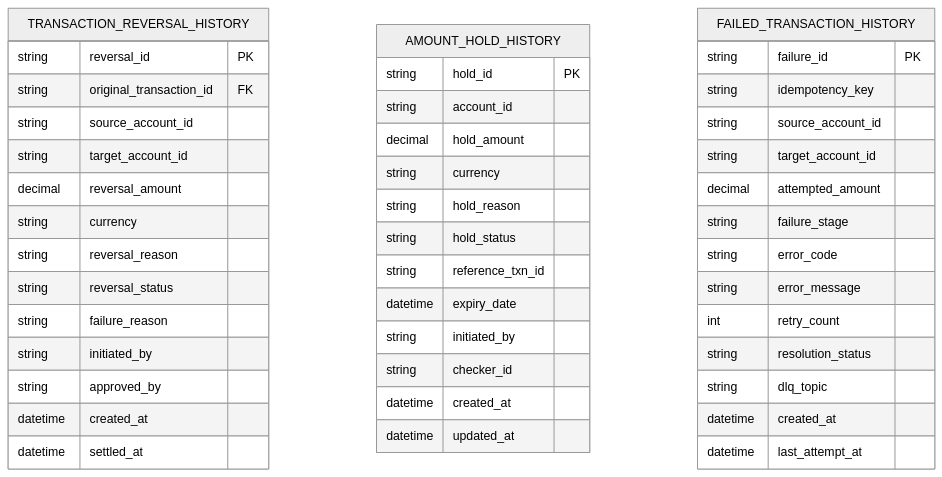
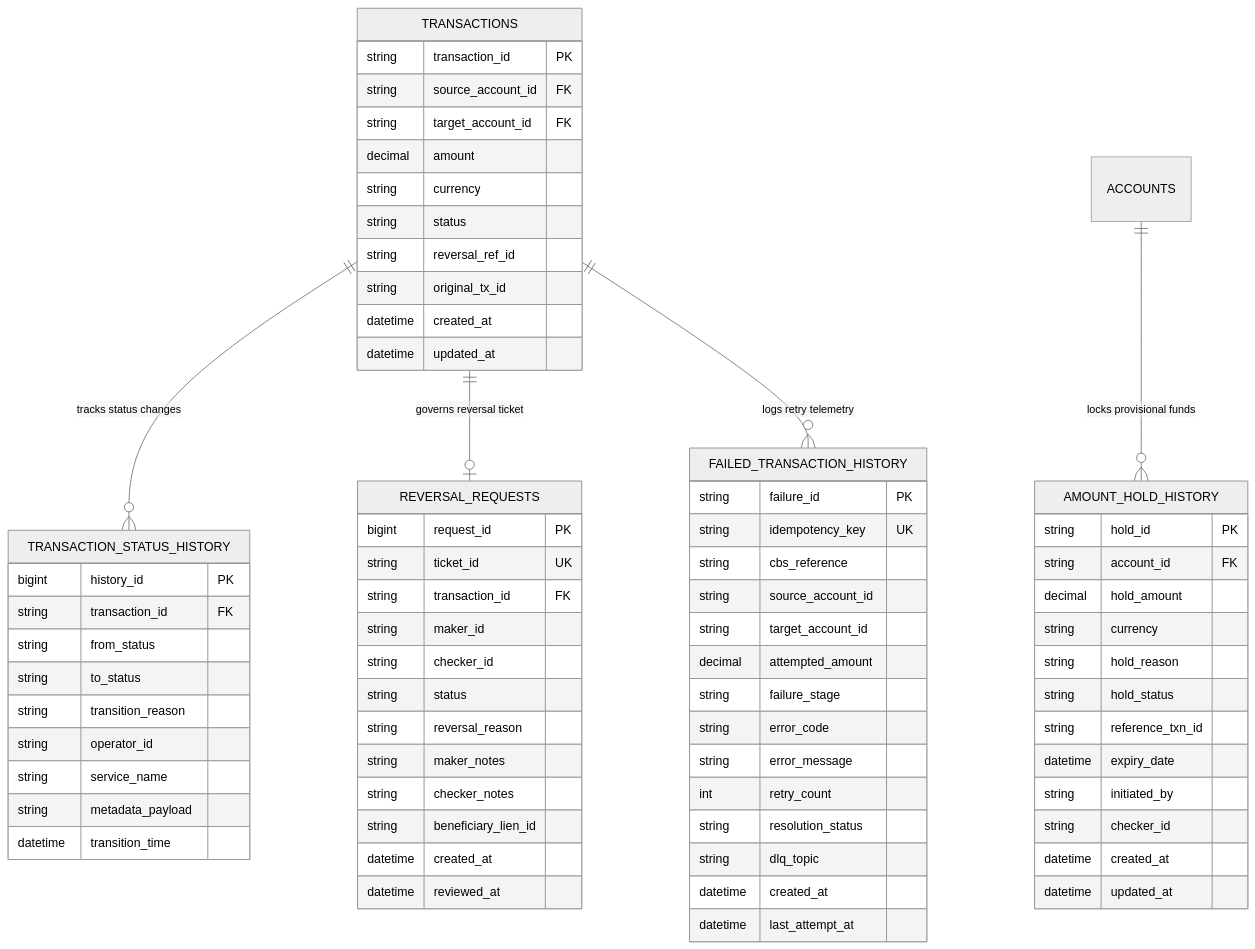
One commit to romzelmadidev/group3_fse_capstone changed the first of 4 diagrams in docs/architecture/CORE_FEATURES_DIAGRAMS.md. Above: the diagram before and after it, drawn with Mermaid (neutral theme). The commit also changed other lines of this file, not shown here.

````diff
--- a/docs/architecture/CORE_FEATURES_DIAGRAMS.md
+++ b/docs/architecture/CORE_FEATURES_DIAGRAMS.md
@@ -55,49 +61,79 @@
 ```mermaid
 erDiagram
-    TRANSACTION_REVERSAL_HISTORY {
-        string reversal_id PK
-        string original_transaction_id FK
-        string source_account_id
-        string target_account_id
-        decimal reversal_amount
+    TRANSACTIONS ||--o{ TRANSACTION_STATUS_HISTORY : "tracks status changes"
+    TRANSACTIONS ||--o| REVERSAL_REQUESTS : "governs reversal ticket"
+    ACCOUNTS ||--o{ AMOUNT_HOLD_HISTORY : "locks provisional funds"
+    TRANSACTIONS ||--o{ FAILED_TRANSACTION_HISTORY : "logs retry telemetry"
+
+    TRANSACTIONS {
+        string transaction_id PK
+        string source_account_id FK
+        string target_account_id FK
+        decimal amount
         string currency
+        string status
+        string reversal_ref_id
+        string original_tx_id
+        datetime created_at
+        datetime updated_at
+    }
+
+    TRANSACTION_STATUS_HISTORY {
+        bigint history_id PK
+        string transaction_id FK
+        string from_status
+        string to_status
+        string transition_reason
+        string operator_id
+        string service_name
+        string metadata_payload
+        datetime transition_time
+    }
+
+    REVERSAL_REQUESTS {
+        bigint request_id PK
+        string ticket_id UK
+        string transaction_id FK
+        string maker_id
+        string checker_id
+        string status
         string reversal_reason
-        string reversal_status
-        string failure_reason
-        string initiated_by
-        string approved_by
+        string maker_notes
+        string checker_notes
+        string beneficiary_lien_id
         datetime created_at
-        datetime settled_at
+        datetime reviewed_at
     }
 
     AMOUNT_HOLD_HISTORY {
         string hold_id PK
-        string account_id
+        string account_id FK
         decimal hold_amount
         string currency
         string hold_reason
         string hold_status
         string reference_txn_id
         datetime expiry_date
         string initiated_by
         string checker_id
         datetime created_at
         datetime updated_at
     }
 
     FAILED_TRANSACTION_HISTORY {
         string failure_id PK
-        string idempotency_key
+        string idempotency_key UK
+        string cbs_reference
         string source_account_id
         string target_account_id
         decimal attempted_amount
         string failure_stage
         string error_code
         string error_message
         int retry_count
         string resolution_status
         string dlq_topic
         datetime created_at
         datetime last_attempt_at
     }
 ```
````
